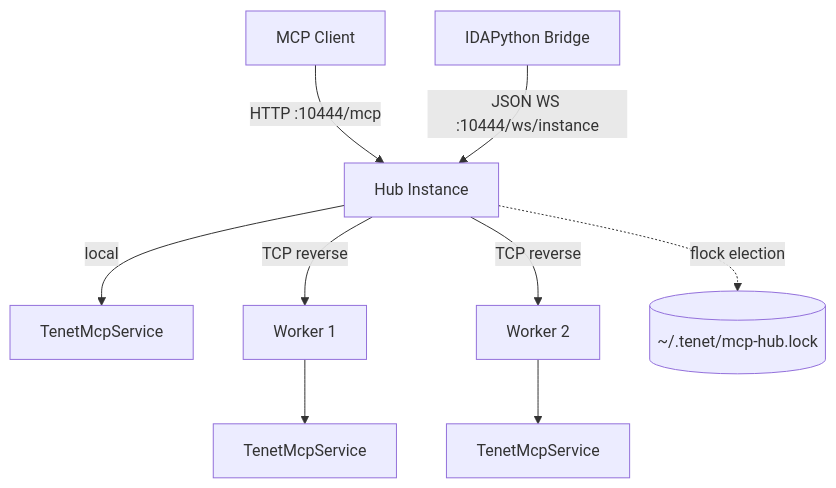
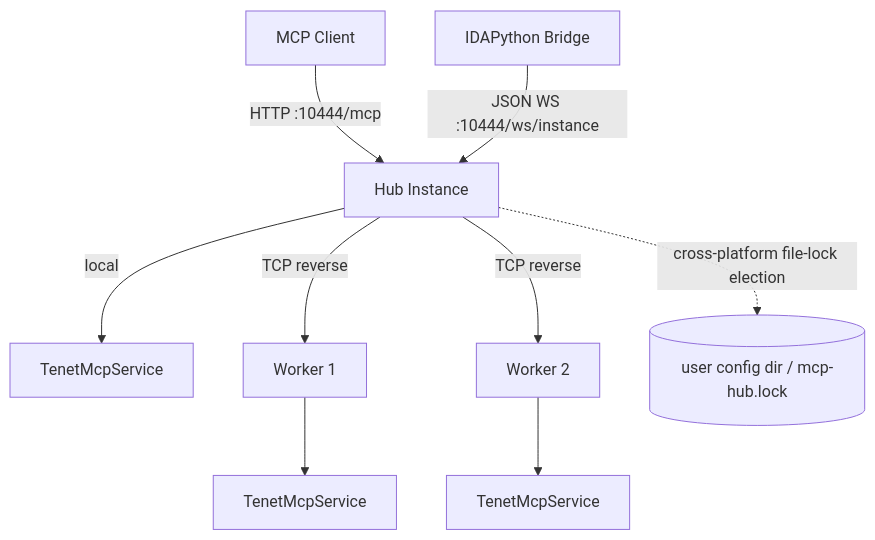
The third of 3 diagrams in slowmo/docs/ui-layer.md (fuckreverse/retrace), drawn with Mermaid before and after one commit. The commit also changed other lines of this file and 103 other files, not shown here.

First line of the commit message:
feat(tenet): cross-platform backend — remove native GUI, add Windows/Linux/macOS compat layer

````diff
--- a/slowmo/docs/ui-layer.md
+++ b/slowmo/docs/ui-layer.md
@@ -285,11 +249,11 @@
 ```mermaid
 flowchart TD
     Client[MCP Client] -->|HTTP :10444/mcp| Hub[Hub Instance]
     IDA[IDAPython Bridge] -->|JSON WS :10444/ws/instance| Hub
     Hub -->|local| HubMCP[TenetMcpService]
     Hub -->|TCP reverse| W1[Worker 1]
     Hub -->|TCP reverse| W2[Worker 2]
     W1 --> W1MCP[TenetMcpService]
     W2 --> W2MCP[TenetMcpService]
-    Hub -.->|flock election| Lock[(~/.tenet/mcp-hub.lock)]
+    Hub -.->|cross-platform file-lock election| Lock[(user config dir / mcp-hub.lock)]
 ```
````
